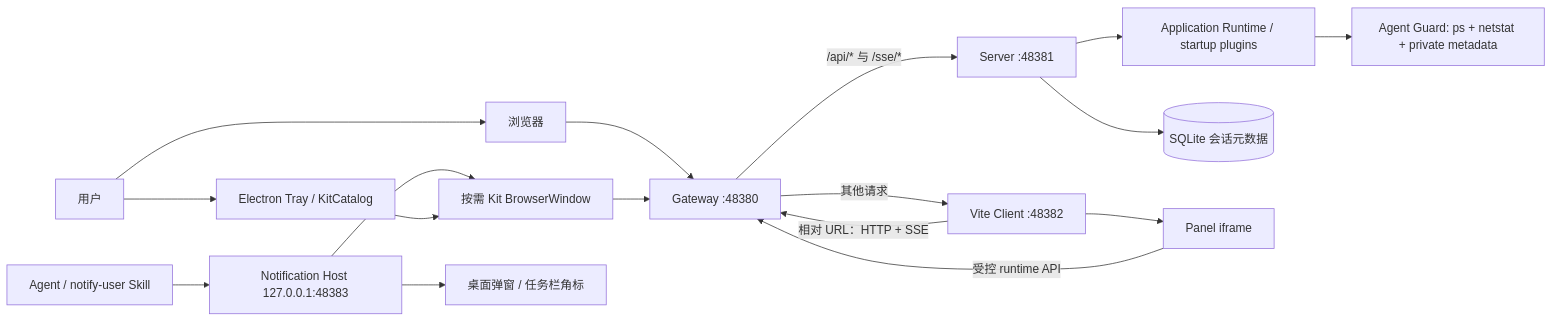
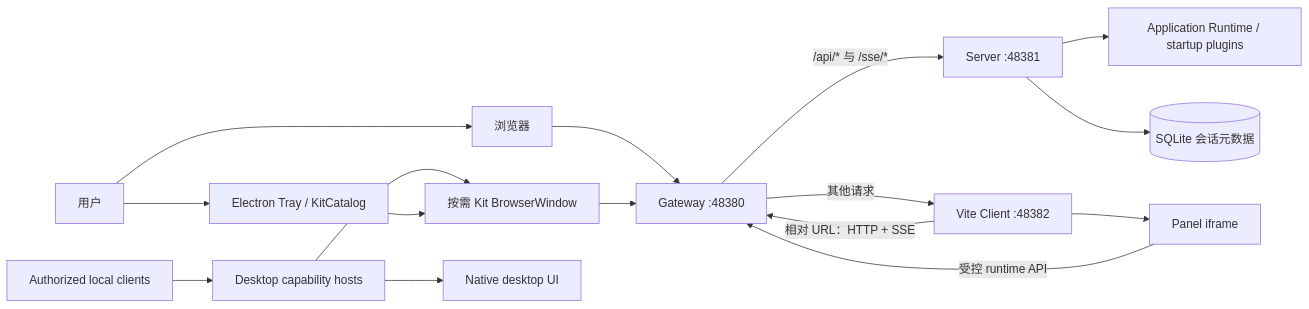
One commit to itharbors/harbors changed the first of 2 diagrams in docs/architecture/system-overview.md. Above: the diagram before and after it, drawn with Mermaid. The commit also changed other lines of this file and 310 other files, not shown here.

````diff
--- a/docs/architecture/system-overview.md
+++ b/docs/architecture/system-overview.md
@@ -15,34 +15,32 @@
 ```mermaid
 flowchart LR
     User["用户"]
     Browser["浏览器"]
     Tray["Electron Tray / KitCatalog"]
     Electron["按需 Kit BrowserWindow"]
-    Host["Notification Host 127.0.0.1:48383"]
-    Agent["Agent / notify-user Skill"]
-    Toast["桌面弹窗 / 任务栏角标"]
+    Host["Desktop capability hosts"]
+    Agent["Authorized local clients"]
+    NativeUI["Native desktop UI"]
     Gateway["Gateway :48380"]
     Server["Server :48381"]
     AppRuntime["Application Runtime / startup plugins"]
-    Guard["Agent Guard: ps + netstat + private metadata"]
     Client["Vite Client :48382"]
     DB[("SQLite 会话元数据")]
     Panel["Panel iframe"]
 
     User --> Browser
     User --> Tray
     Agent --> Host
-    Host --> Toast
+    Host --> NativeUI
     Host --> Electron
     Tray --> Electron
     Browser --> Gateway
     Electron --> Gateway
     Gateway -- "/api/* 与 /sse/*" --> Server
     Server --> AppRuntime
-    AppRuntime --> Guard
     Gateway -- "其他请求" --> Client
     Server --> DB
     Client --> Panel
     Client -- "相对 URL：HTTP + SSE" --> Gateway
     Panel -- "受控 runtime API" --> Gateway
 ```
````
